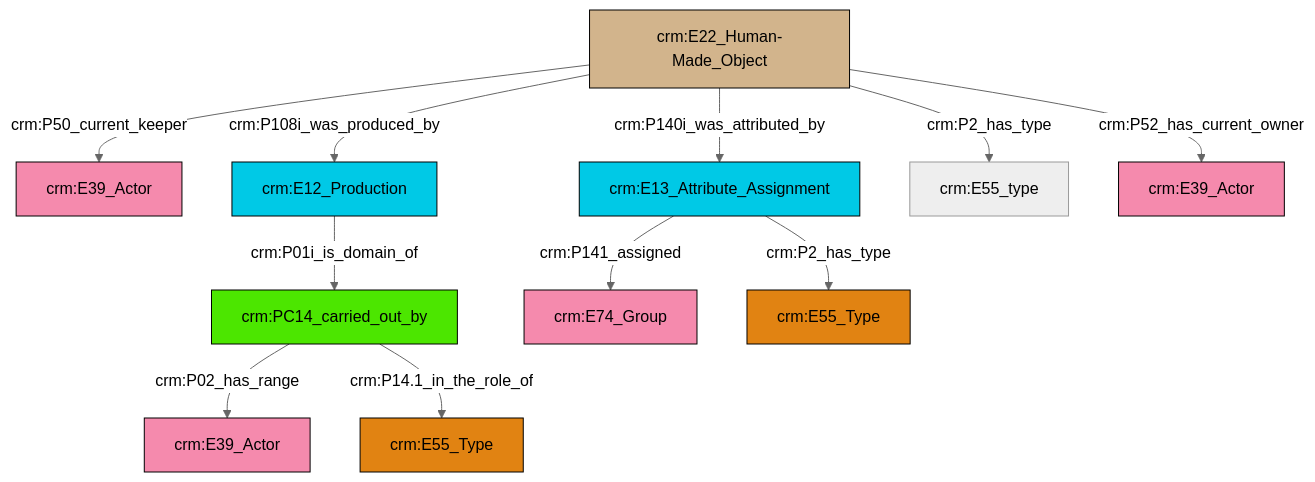
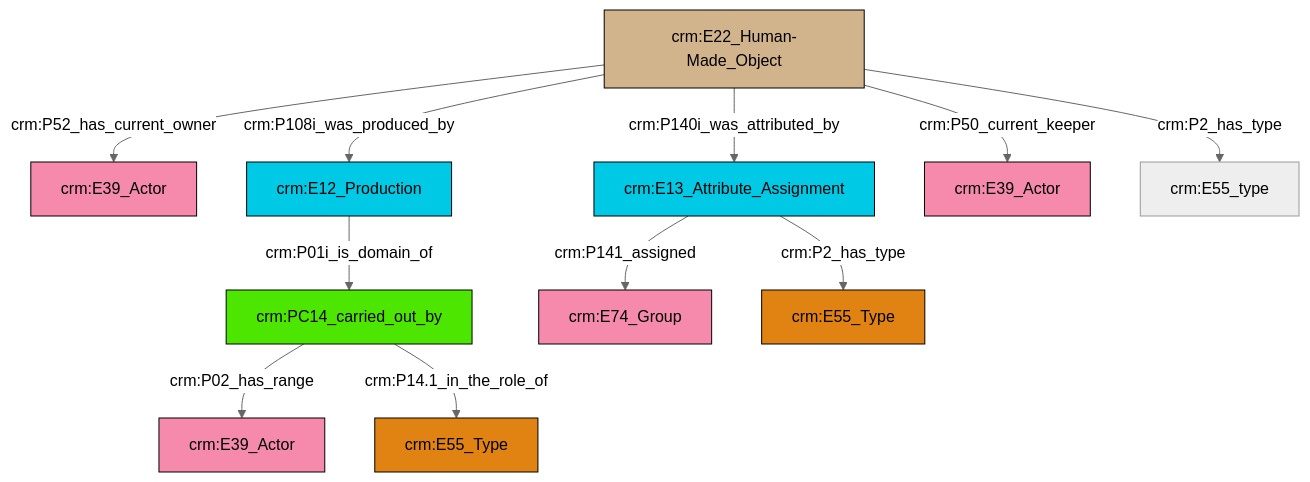
Before and after one commit to swiss-art-research-net/docs.swissartresearch: the diagram in et/artworkCSV/ttl/mmd/Artwork_Actor_Relations.ttl.mmd, drawn with Mermaid (neutral theme). The commit also changed 179 other files, not shown here.

```diff
--- a/et/artworkCSV/ttl/mmd/Artwork_Actor_Relations.ttl.mmd
+++ b/et/artworkCSV/ttl/mmd/Artwork_Actor_Relations.ttl.mmd
@@ -1,25 +1,25 @@
 graph TD
 classDef Literal fill:#f2f2f2,stroke:#000000;
 classDef CRM_Entity fill:#FFFFFF,stroke:#000000;
 classDef Temporal_Entity fill:#00C9E6, stroke:#000000;
 classDef Type fill:#E18312, stroke:#000000;
 classDef Time-Span fill:#2C9C91, stroke:#000000;
 classDef Appellation fill:#FFEB7F, stroke:#000000;
 classDef Place fill:#008836, stroke:#000000;
 classDef Persistent_Item fill:#B266B2, stroke:#000000;
 classDef Conceptual_Object fill:#FFD700, stroke:#000000;
 classDef Physical_Thing fill:#D2B48C, stroke:#000000;
 classDef Actor fill:#f58aad, stroke:#000000;
 classDef PC_Classes fill:#4ce600, stroke:#000000;
 classDef Multi fill:#cccccc,stroke:#000000;
 
-0["crm:E22_Human-Made_Object"]:::Physical_Thing -->|crm:P50_current_keeper| 1["crm:E39_Actor"]:::Actor
-2["crm:PC14_carried_out_by"]:::PC_Classes -->|crm:P02_has_range| 3["crm:E39_Actor"]:::Actor
-4["crm:E12_Production"]:::Temporal_Entity -->|crm:P01i_is_domain_of| 2["crm:PC14_carried_out_by"]:::PC_Classes
-5["crm:E13_Attribute_Assignment"]:::Temporal_Entity -->|crm:P141_assigned| 6["crm:E74_Group"]:::Actor
-0["crm:E22_Human-Made_Object"]:::Physical_Thing -->|crm:P2_has_type| 8["crm:E55_type"]:::Default
-2["crm:PC14_carried_out_by"]:::PC_Classes -->|crm:P14.1_in_the_role_of| 10["crm:E55_Type"]:::Type
-0["crm:E22_Human-Made_Object"]:::Physical_Thing -->|crm:P52_has_current_owner| 17["crm:E39_Actor"]:::Actor
-0["crm:E22_Human-Made_Object"]:::Physical_Thing -->|crm:P140i_was_attributed_by| 5["crm:E13_Attribute_Assignment"]:::Temporal_Entity
-0["crm:E22_Human-Made_Object"]:::Physical_Thing -->|crm:P108i_was_produced_by| 4["crm:E12_Production"]:::Temporal_Entity
-5["crm:E13_Attribute_Assignment"]:::Temporal_Entity -->|crm:P2_has_type| 12["crm:E55_Type"]:::Type
+2["crm:E13_Attribute_Assignment"]:::Temporal_Entity -->|crm:P141_assigned| 3["crm:E74_Group"]:::Actor
+6["crm:E12_Production"]:::Temporal_Entity -->|crm:P01i_is_domain_of| 4["crm:PC14_carried_out_by"]:::PC_Classes
+0["crm:E22_Human-Made_Object"]:::Physical_Thing -->|crm:P52_has_current_owner| 11["crm:E39_Actor"]:::Actor
+0["crm:E22_Human-Made_Object"]:::Physical_Thing -->|crm:P108i_was_produced_by| 6["crm:E12_Production"]:::Temporal_Entity
+0["crm:E22_Human-Made_Object"]:::Physical_Thing -->|crm:P140i_was_attributed_by| 2["crm:E13_Attribute_Assignment"]:::Temporal_Entity
+0["crm:E22_Human-Made_Object"]:::Physical_Thing -->|crm:P50_current_keeper| 12["crm:E39_Actor"]:::Actor
+0["crm:E22_Human-Made_Object"]:::Physical_Thing -->|crm:P2_has_type| 9["crm:E55_type"]:::Default
+2["crm:E13_Attribute_Assignment"]:::Temporal_Entity -->|crm:P2_has_type| 18["crm:E55_Type"]:::Type
+4["crm:PC14_carried_out_by"]:::PC_Classes -->|crm:P02_has_range| 16["crm:E39_Actor"]:::Actor
+4["crm:PC14_carried_out_by"]:::PC_Classes -->|crm:P14.1_in_the_role_of| 21["crm:E55_Type"]:::Type
```
